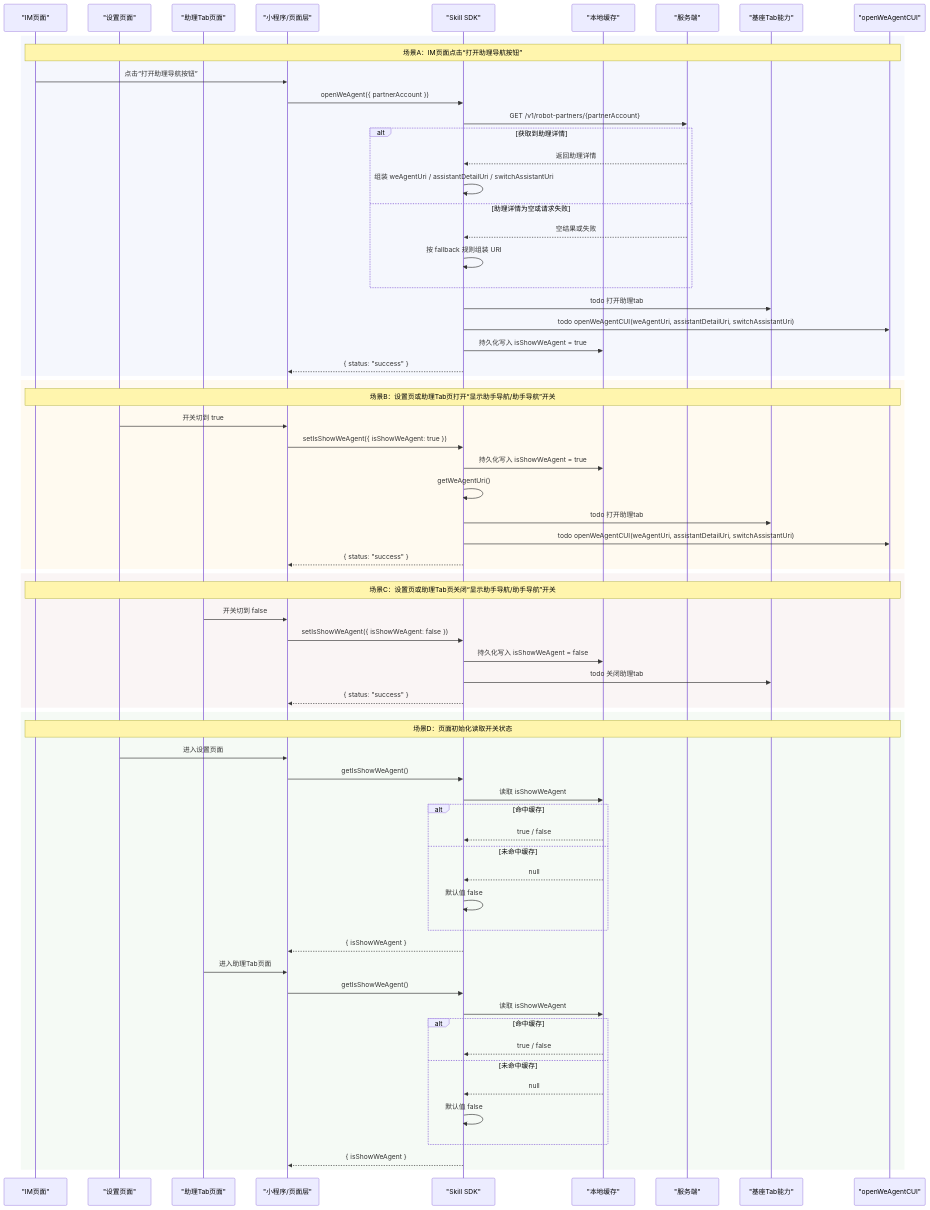
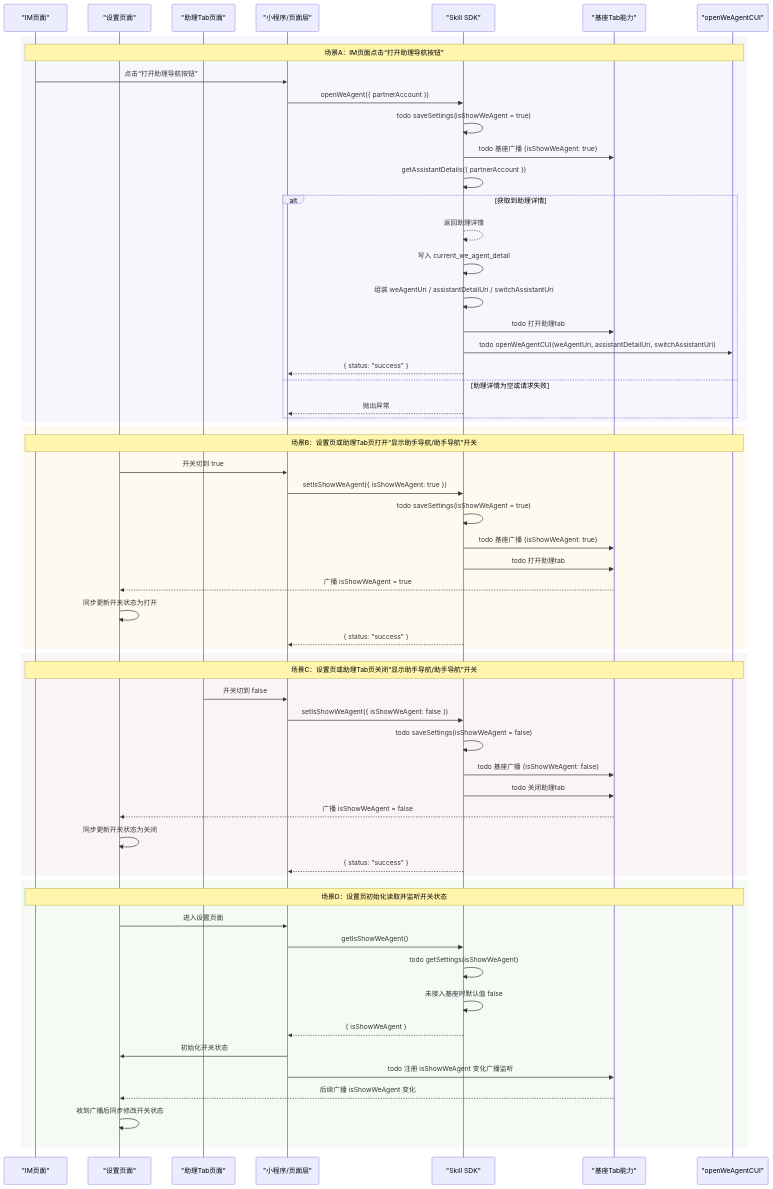
Before and after one commit to Abelsjcheng/skillSDK: the diagram in 2026-05-12-we-agent-visibility-and-open-plan.md, drawn with Mermaid. The commit also changed other lines of this file and 1 other file, not shown here.

````diff
--- a/2026-05-12-we-agent-visibility-and-open-plan.md
+++ b/2026-05-12-we-agent-visibility-and-open-plan.md
@@ -240,75 +239,66 @@
 ```mermaid
 sequenceDiagram
     participant IM as "IM页面"
     participant Settings as "设置页面"
     participant AssistantTab as "助理Tab页面"
     participant MiniApp as "小程序/页面层"
     participant SDK as "Skill SDK"
-    participant Cache as "本地缓存"
-    participant Server as "服务端"
     participant Host as "基座Tab能力"
     participant CUI as "openWeAgentCUI"
 
     rect rgb(245, 247, 253)
         Note over IM,CUI: 场景A：IM页面点击“打开助理导航按钮”
         IM->>MiniApp: 点击“打开助理导航按钮”
         MiniApp->>SDK: openWeAgent({ partnerAccount })
-        SDK->>Server: GET /v1/robot-partners/{partnerAccount}
+        SDK->>SDK: todo saveSettings(isShowWeAgent = true)
+        SDK->>Host: todo 基座广播 {isShowWeAgent: true}
+        SDK->>SDK: getAssistantDetails({ partnerAccount })
         alt 获取到助理详情
-            Server-->>SDK: 返回助理详情
+            SDK-->>SDK: 返回助理详情
+            SDK->>SDK: 写入 current_we_agent_detail
             SDK->>SDK: 组装 weAgentUri / assistantDetailUri / switchAssistantUri
+            SDK->>Host: todo 打开助理tab
+            SDK->>CUI: todo openWeAgentCUI(weAgentUri, assistantDetailUri, switchAssistantUri)
+            SDK-->>MiniApp: { status: "success" }
         else 助理详情为空或请求失败
-            Server-->>SDK: 空结果或失败
-            SDK->>SDK: 按 fallback 规则组装 URI
+            SDK-->>MiniApp: 抛出异常
         end
-        SDK->>Host: todo 打开助理tab
-        SDK->>CUI: todo openWeAgentCUI(weAgentUri, assistantDetailUri, switchAssistantUri)
-        SDK->>Cache: 持久化写入 isShowWeAgent = true
-        SDK-->>MiniApp: { status: "success" }
     end
 
     rect rgb(255, 250, 240)
         Note over IM,CUI: 场景B：设置页或助理Tab页打开“显示助手导航/助手导航”开关
         Settings->>MiniApp: 开关切到 true
         MiniApp->>SDK: setIsShowWeAgent({ isShowWeAgent: true })
-        SDK->>Cache: 持久化写入 isShowWeAgent = true
-        SDK->>SDK: getWeAgentUri()
+        SDK->>SDK: todo saveSettings(isShowWeAgent = true)
+        SDK->>Host: todo 基座广播 {isShowWeAgent: true}
         SDK->>Host: todo 打开助理tab
-        SDK->>CUI: todo openWeAgentCUI(weAgentUri, assistantDetailUri, switchAssistantUri)
+        Host-->>Settings: 广播 isShowWeAgent = true
+        Settings->>Settings: 同步更新开关状态为打开
         SDK-->>MiniApp: { status: "success" }
     end
 
     rect rgb(250, 245, 245)
         Note over IM,CUI: 场景C：设置页或助理Tab页关闭“显示助手导航/助手导航”开关
         AssistantTab->>MiniApp: 开关切到 false
         MiniApp->>SDK: setIsShowWeAgent({ isShowWeAgent: false })
-        SDK->>Cache: 持久化写入 isShowWeAgent = false
+        SDK->>SDK: todo saveSettings(isShowWeAgent = false)
+        SDK->>Host: todo 基座广播 {isShowWeAgent: false}
         SDK->>Host: todo 关闭助理tab
+        Host-->>Settings: 广播 isShowWeAgent = false
+        Settings->>Settings: 同步更新开关状态为关闭
         SDK-->>MiniApp: { status: "success" }
     end
 
     rect rgb(245, 250, 245)
-        Note over IM,CUI: 场景D：页面初始化读取开关状态
+        Note over IM,CUI: 场景D：设置页初始化读取并监听开关状态
         Settings->>MiniApp: 进入设置页面
         MiniApp->>SDK: getIsShowWeAgent()
-        SDK->>Cache: 读取 isShowWeAgent
-        alt 命中缓存
-            Cache-->>SDK: true / false
-        else 未命中缓存
-            Cache-->>SDK: null
-            SDK->>SDK: 默认值 false
-        end
+        SDK->>SDK: todo getSettings(isShowWeAgent)
+        SDK->>SDK: 未接入基座时默认值 false
         SDK-->>MiniApp: { isShowWeAgent }
-
-        AssistantTab->>MiniApp: 进入助理Tab页面
-        MiniApp->>SDK: getIsShowWeAgent()
-        SDK->>Cache: 读取 isShowWeAgent
-        alt 命中缓存
-            Cache-->>SDK: true / false
-        else 未命中缓存
-            Cache-->>SDK: null
-            SDK->>SDK: 默认值 false
-        end
-        SDK-->>MiniApp: { isShowWeAgent }
+        MiniApp->>Settings: 初始化开关状态
+        MiniApp->>Host: todo 注册 isShowWeAgent 变化广播监听
+        Host-->>Settings: 后续广播 isShowWeAgent 变化
+        Settings->>Settings: 收到广播后同步修改开关状态
     end
 ```
````
